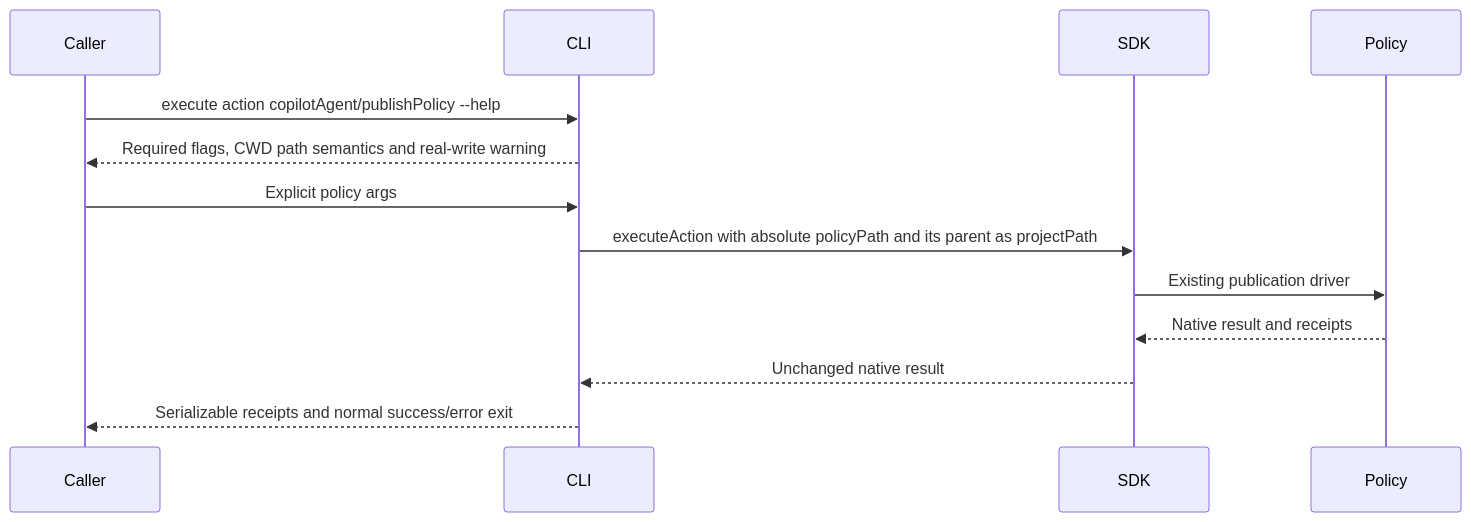
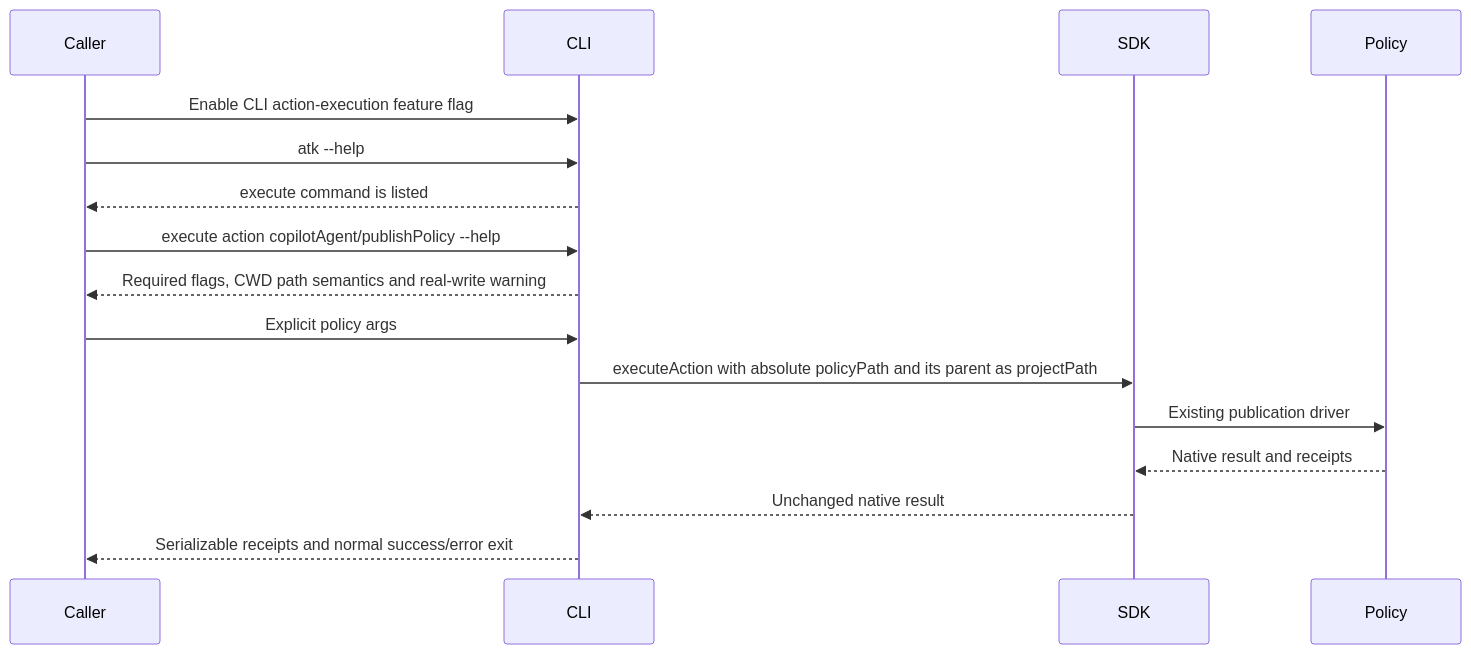
Before and after one commit to OfficeDev/microsoft-365-agents-toolkit: the diagram in docs/03-specs/scenarios/cli/execute-action.md, drawn with Mermaid. The commit also changed other lines of this file and 9 other files, not shown here.

First line of the commit message:
feat(cli): gate execute action behind a feature flag

````diff
--- a/docs/03-specs/scenarios/cli/execute-action.md
+++ b/docs/03-specs/scenarios/cli/execute-action.md
@@ -18,15 +18,18 @@
 ```mermaid
 sequenceDiagram
   participant Caller
   participant CLI
   participant SDK
   participant Policy
+  Caller->>CLI: Enable CLI action-execution feature flag
+  Caller->>CLI: atk --help
+  CLI-->>Caller: execute command is listed
   Caller->>CLI: execute action copilotAgent/publishPolicy --help
   CLI-->>Caller: Required flags, CWD path semantics and real-write warning
   Caller->>CLI: Explicit policy args
   CLI->>SDK: executeAction with absolute policyPath and its parent as projectPath
   SDK->>Policy: Existing publication driver
   Policy-->>SDK: Native result and receipts
   SDK-->>CLI: Unchanged native result
   CLI-->>Caller: Serializable receipts and normal success/error exit
 ```
````
